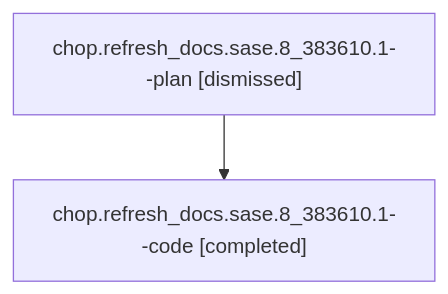
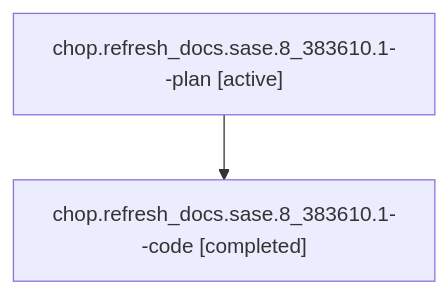
The diagram in families/bbugyi200.athena.chop.refresh_docs.sase.8_383610.1.md (sase-org/sase--agents), drawn with Mermaid before and after one commit. The commit also changed other lines of this file and 163 other files, not shown here.

````diff
--- a/families/bbugyi200.athena.chop.refresh_docs.sase.8_383610.1.md
+++ b/families/bbugyi200.athena.chop.refresh_docs.sase.8_383610.1.md
@@ -9,6 +9,6 @@
 ```mermaid
 flowchart TD
-  n0["chop.refresh_docs.sase.8_383610.1--plan [dismissed]"]
+  n0["chop.refresh_docs.sase.8_383610.1--plan [active]"]
   n1["chop.refresh_docs.sase.8_383610.1--code [completed]"]
   n0 --> n1
 ```
````
